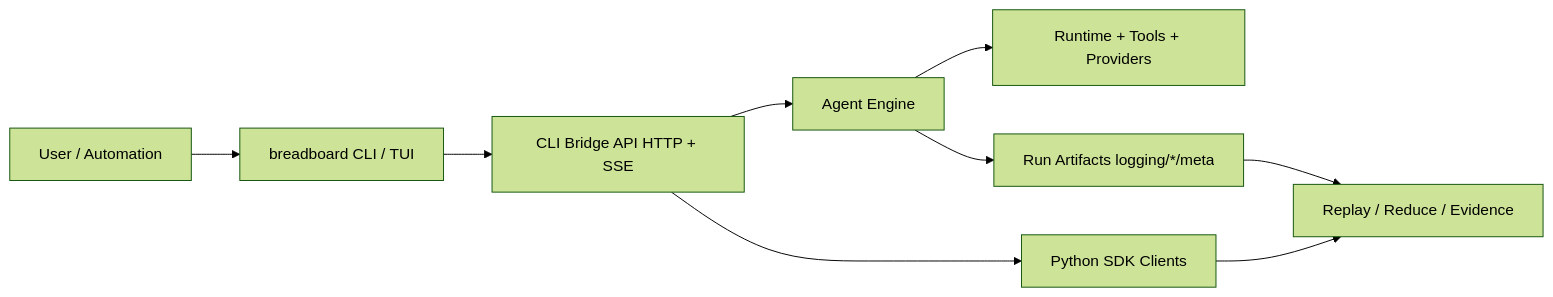
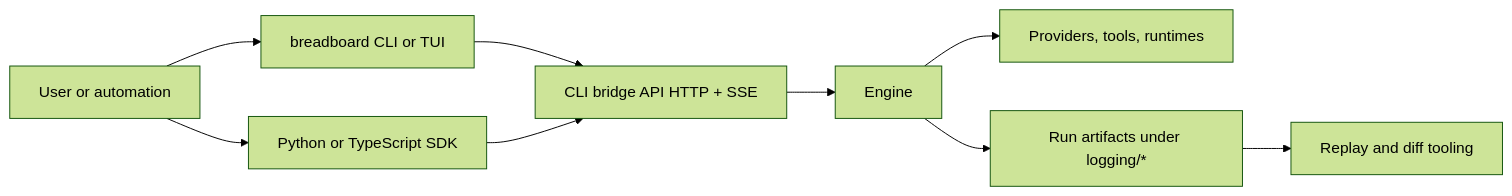
Before and after one commit to kmccleary3301/breadboard: the diagram in README.md, drawn with Mermaid (forest theme). The commit also changed other lines of this file and 1 other file, not shown here.

````diff
--- a/README.md
+++ b/README.md
@@ -162,11 +223,11 @@
 ```mermaid
 flowchart LR
-  U[User / Automation] --> CLI[breadboard CLI / TUI]
-  CLI --> API[CLI Bridge API HTTP + SSE]
-  API --> ENG[Agent Engine]
-  ENG --> RT[Runtime + Tools + Providers]
-  ENG --> ART[Run Artifacts logging/*/meta]
-  ART --> REP[Replay / Reduce / Evidence]
-  API --> SDK[Python SDK Clients]
-  SDK --> REP
+  U[User or automation] --> CLI[breadboard CLI or TUI]
+  U --> SDK[Python or TypeScript SDK]
+  CLI --> API[CLI bridge API HTTP + SSE]
+  SDK --> API
+  API --> ENG[Engine]
+  ENG --> RT[Providers, tools, runtimes]
+  ENG --> ART[Run artifacts under logging/*]
+  ART --> REP[Replay and diff tooling]
 ```
````
